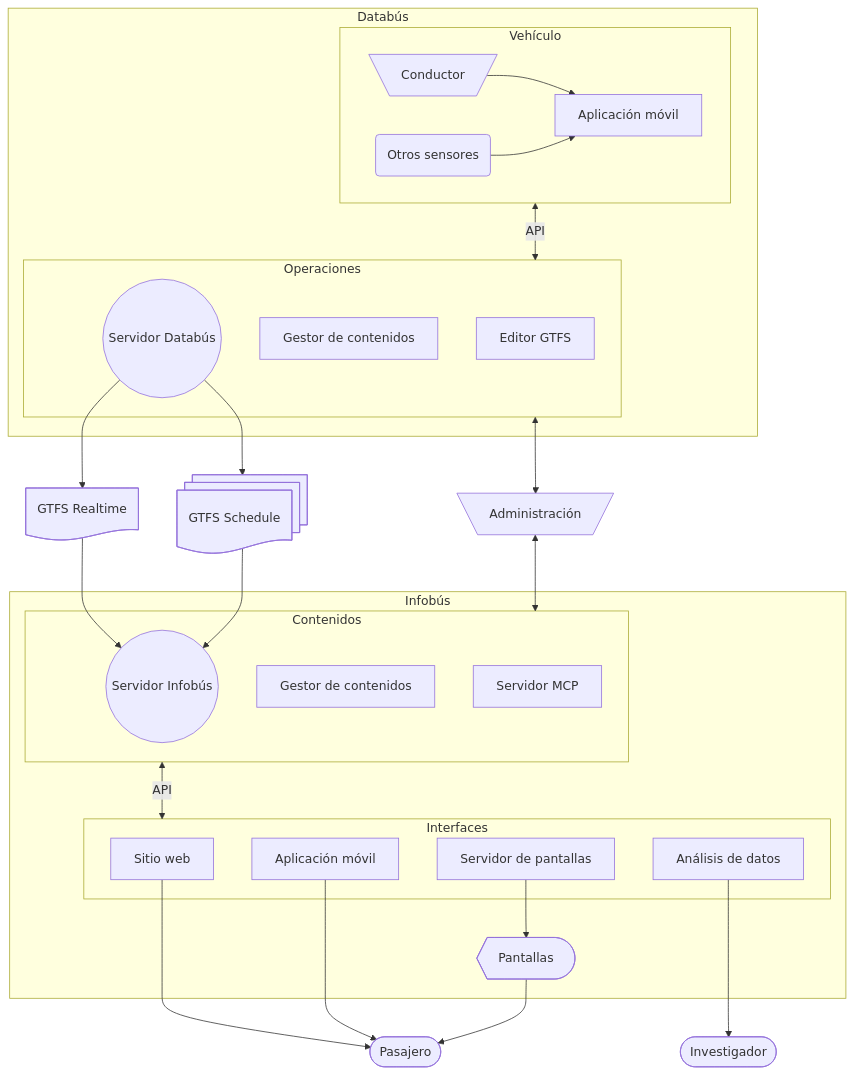
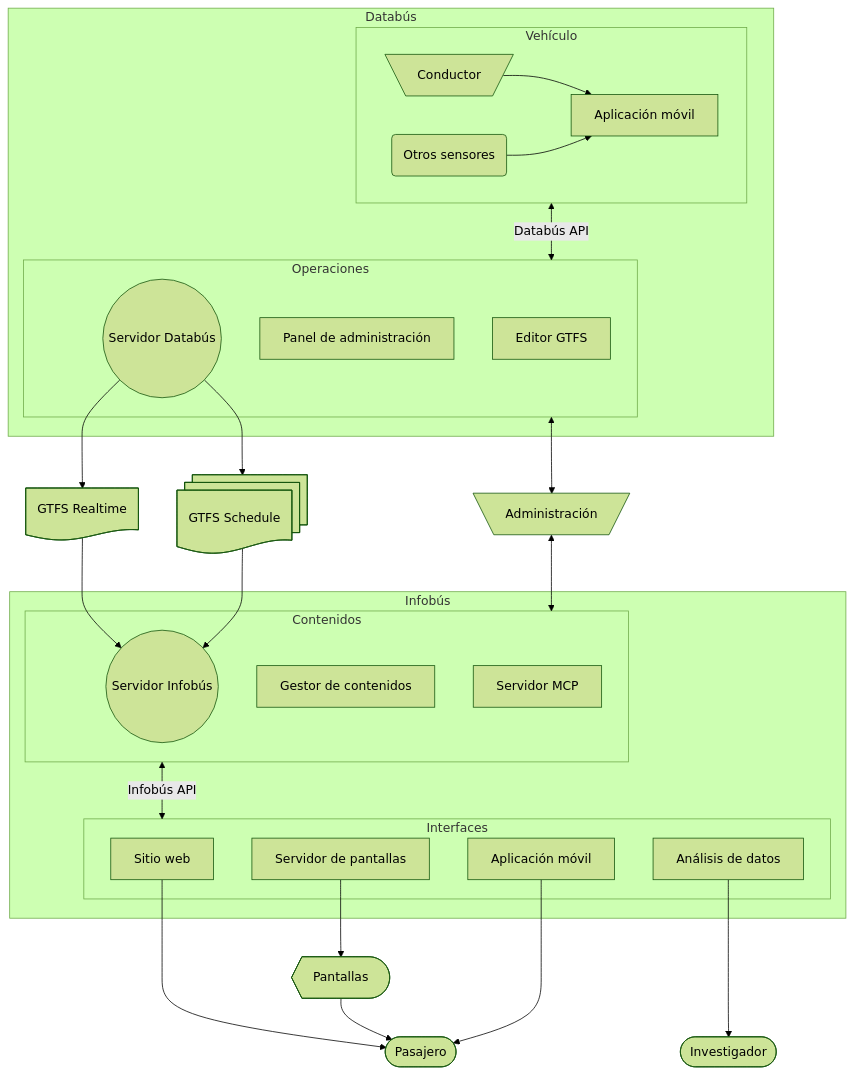
The diagram in profile/README.md (simovilab/.github), drawn with Mermaid before and after one commit. The commit also changed other lines of this file and 1 other file, not shown here.

````diff
--- a/profile/README.md
+++ b/profile/README.md
@@ -30,61 +30,59 @@
 ```mermaid
+%%{init: {'theme':'forest'}}%%
 flowchart TD
     subgraph Databús
         subgraph Vehículo
             OPE@{ shape: manual, label: "Conductor"}
             SEN@{ shape: event, label: "Otros sensores"}
             OBE[Aplicación móvil]
         end
         subgraph Operaciones
             GTFS[Editor GTFS]
-            DCMS[Gestor de contenidos]
+            DCMS[Panel de administración]
             DAT((Servidor Databús))
         end
     end
 
     SC@{ shape: docs, label: "GTFS Schedule"}
     RT@{ shape: doc, label: "GTFS Realtime"}
     ADM@{ shape: manual, label: "Administración"}
 
     subgraph Infobús
         subgraph Contenidos
             INF((Servidor Infobús))
             ICMS[Gestor de contenidos]
             MCP[Servidor MCP]
         end
         subgraph Interfaces
             WEB[Sitio web]
+            SSC[Servidor de pantallas]
             APP[Aplicación móvil]
-            SSC[Servidor de pantallas]
-
             ANA[Análisis de datos]
         end
-        SCR@{ shape: display, label: "Pantallas"}
+
     end
-
+    SCR@{ shape: display, label: "Pantallas"}
     PAS@{ shape: terminal, label: "Pasajero"}
     RES@{ shape: terminal, label: "Investigador"}
 
 OPE --> OBE
 SEN --> OBE
-Vehículo <--API--> Operaciones
+Vehículo <--Databús API--> Operaciones
 DAT --> RT
 DAT --> SC
 
 RT --> INF
 SC --> INF
 
-Contenidos <--API--> Interfaces
-
-SSC --> SCR
+Contenidos <--Infobús API--> Interfaces
 
 WEB --> PAS
+SSC --> SCR
+SCR --> PAS
 APP --> PAS
-SCR --> PAS
-
 ANA ---> RES
 
 Operaciones <--> ADM
 ADM <--> Contenidos
 
 ```
````
